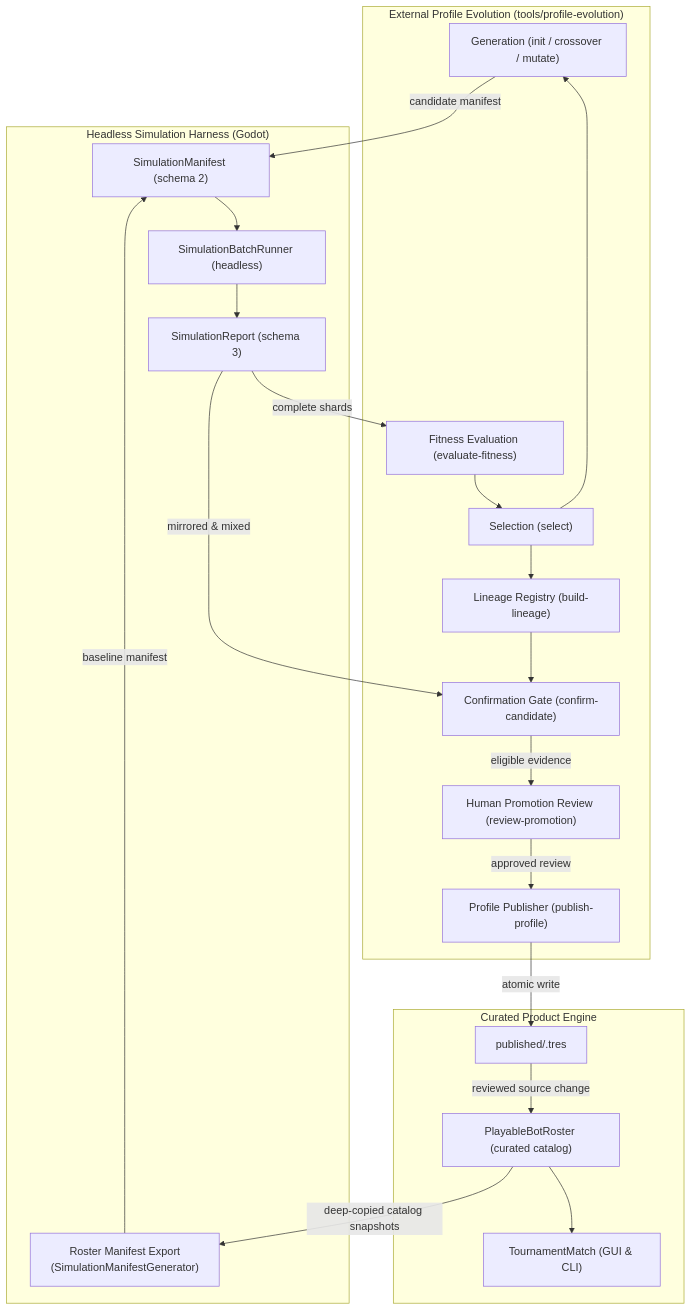
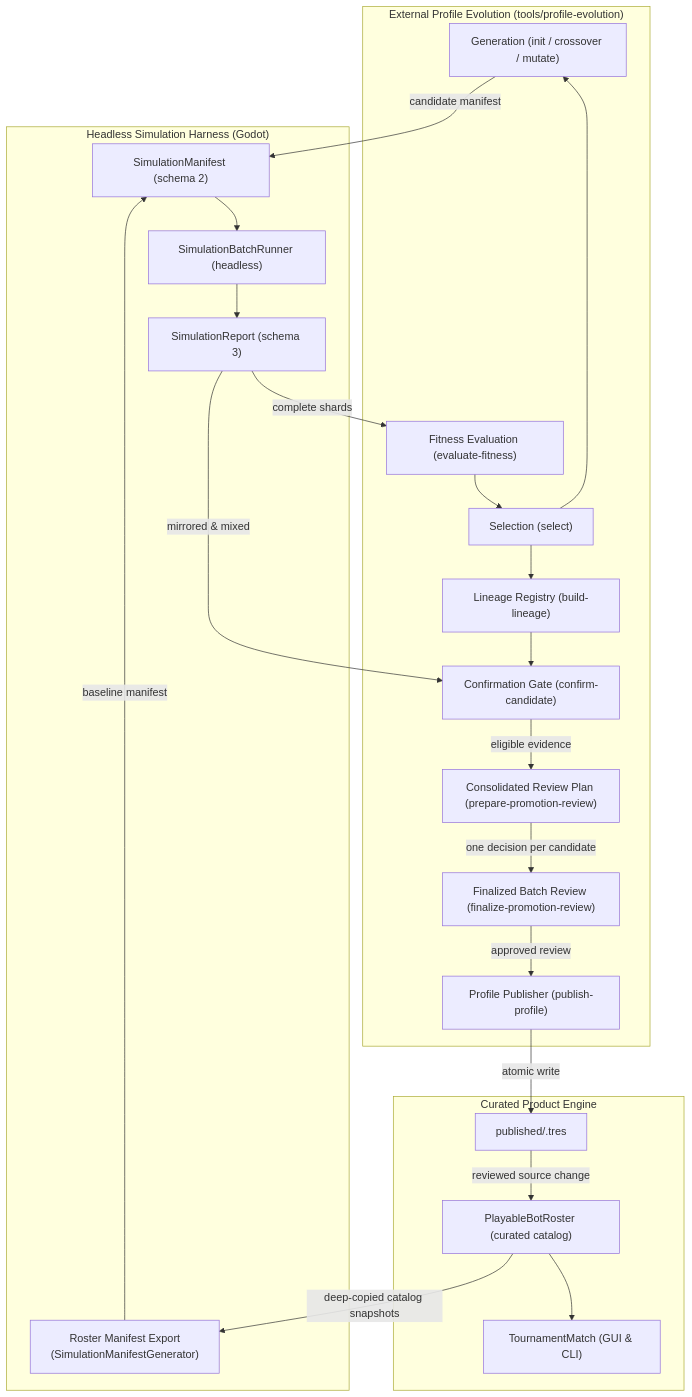
Before and after one commit to rofferdal/pokahdot: the third of 3 diagrams in devdocs/reference/architecture.md, drawn with Mermaid. The commit also changed other lines of this file and 15 other files, not shown here.

Commit message:
consolidated promotion reviews for smoother bot profile candidate promotion

````diff
--- a/devdocs/reference/architecture.md
+++ b/devdocs/reference/architecture.md
@@ -267,42 +267,44 @@
 ```mermaid
 flowchart TD
     subgraph PythonWorkflow["External Profile Evolution (tools/profile-evolution)"]
         GEN["Generation (init / crossover / mutate)"]
         FIT["Fitness Evaluation (evaluate-fitness)"]
         SEL["Selection (select)"]
         LIN["Lineage Registry (build-lineage)"]
         CONF["Confirmation Gate (confirm-candidate)"]
-        REV["Human Promotion Review (review-promotion)"]
+        PLAN["Consolidated Review Plan (prepare-promotion-review)"]
+        REV["Finalized Batch Review (finalize-promotion-review)"]
         PUB["Profile Publisher (publish-profile)"]
     end
 
     subgraph SimulationHarness["Headless Simulation Harness (Godot)"]
         EXP["Roster Manifest Export\n(SimulationManifestGenerator)"]
         MAN["SimulationManifest (schema 2)"]
         RUN["SimulationBatchRunner (headless)"]
         REP["SimulationReport (schema 3)"]
     end
 
     subgraph ProductCore["Curated Product Engine"]
         RES["published/<candidate>.tres"]
         PBR["PlayableBotRoster (curated catalog)"]
         MATCH["TournamentMatch (GUI & CLI)"]
     end
 
     PBR -->|deep-copied catalog snapshots| EXP
     EXP -->|baseline manifest| MAN
     GEN -->|candidate manifest| MAN
     MAN --> RUN
     RUN --> REP
     REP -->|complete shards| FIT
     FIT --> SEL
     SEL --> GEN
     SEL --> LIN
     LIN --> CONF
     REP -->|mirrored & mixed| CONF
-    CONF -->|eligible evidence| REV
+    CONF -->|eligible evidence| PLAN
+    PLAN -->|one decision per candidate| REV
     REV -->|approved review| PUB
     PUB -->|atomic write| RES
     RES -->|reviewed source change| PBR
     PBR --> MATCH
 ```
````
